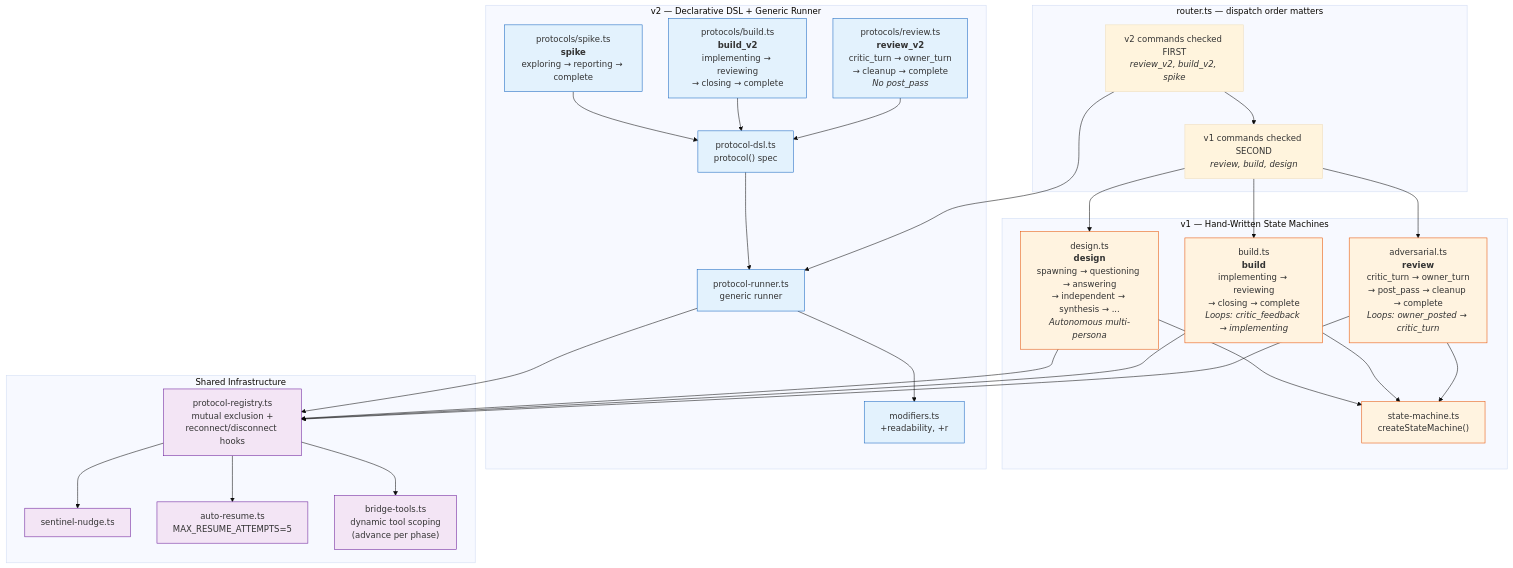
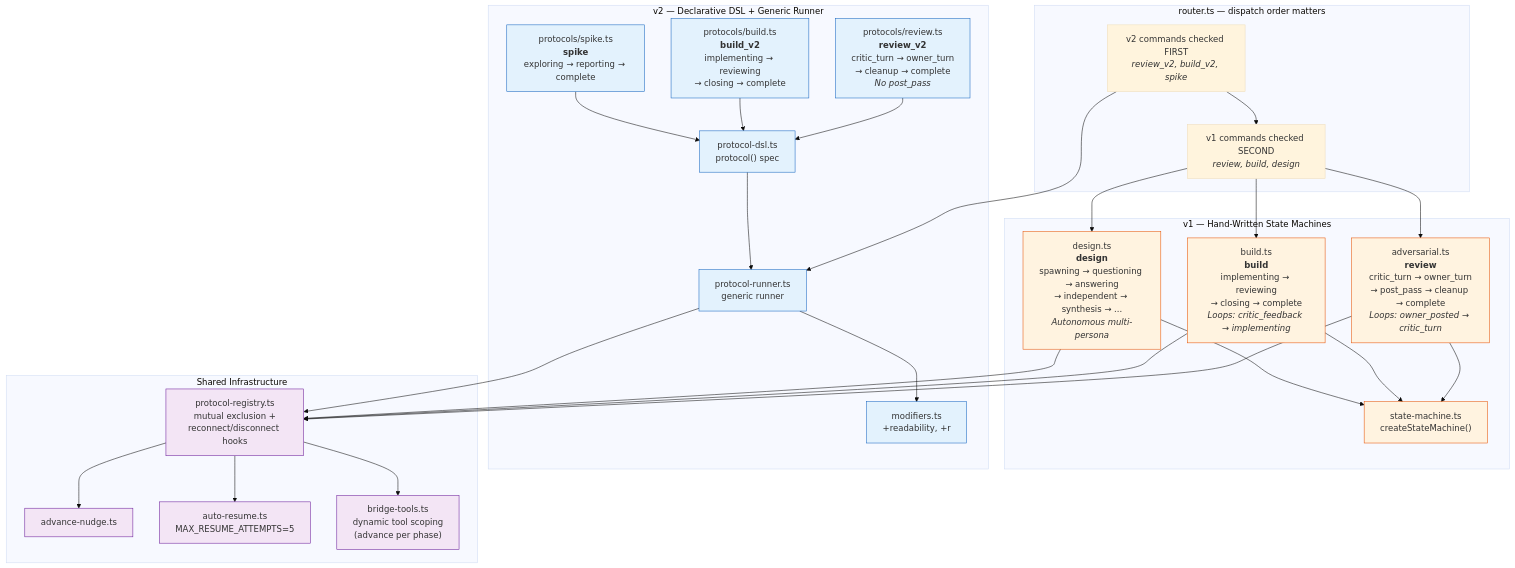
Before and after one commit to sf8193/hydra: the diagram in diagrams/protocol-engines.mmd, drawn with Mermaid (base theme). The commit also changed 6 other files, not shown here.

```diff
--- a/diagrams/protocol-engines.mmd
+++ b/diagrams/protocol-engines.mmd
@@ -1,65 +1,65 @@
 %% Protocol Engines — v1 (hand-written) vs v2 (DSL)
 %% Two parallel protocol systems with load-bearing dispatch ordering.
 %% router.ts checks v2 BEFORE v1 — the v1 regex matches "review_v2" / "build_v2" otherwise.
 
 flowchart TD
     subgraph dispatch["router.ts — dispatch order matters"]
         v2check["v2 commands checked FIRST<br/><i>review_v2, build_v2, spike</i>"]
         v1check["v1 commands checked SECOND<br/><i>review, build, design</i>"]
         v2check --> v1check
     end
 
     subgraph v1["v1 — Hand-Written State Machines"]
         v1_review["adversarial.ts<br/><b>review</b><br/>critic_turn → owner_turn<br/>→ post_pass → cleanup → complete<br/><i>Loops: owner_posted → critic_turn</i>"]
         v1_build["build.ts<br/><b>build</b><br/>implementing → reviewing<br/>→ closing → complete<br/><i>Loops: critic_feedback → implementing</i>"]
         v1_design["design.ts<br/><b>design</b><br/>spawning → questioning → answering<br/>→ independent → synthesis → ...<br/><i>Autonomous multi-persona</i>"]
         v1_sm["state-machine.ts<br/>createStateMachine()"]
     end
 
     subgraph v2["v2 — Declarative DSL + Generic Runner"]
         v2_review["protocols/review.ts<br/><b>review_v2</b><br/>critic_turn → owner_turn<br/>→ cleanup → complete<br/><i>No post_pass</i>"]
         v2_build["protocols/build.ts<br/><b>build_v2</b><br/>implementing → reviewing<br/>→ closing → complete"]
         v2_spike["protocols/spike.ts<br/><b>spike</b><br/>exploring → reporting → complete"]
         v2_dsl["protocol-dsl.ts<br/>protocol() spec"]
         v2_runner["protocol-runner.ts<br/>generic runner"]
         v2_mods["modifiers.ts<br/>+readability, +r"]
     end
 
     subgraph shared["Shared Infrastructure"]
         registry["protocol-registry.ts<br/>mutual exclusion +<br/>reconnect/disconnect hooks"]
-        sentinel["sentinel-nudge.ts"]
+        sentinel["advance-nudge.ts"]
         autoresume["auto-resume.ts<br/>MAX_RESUME_ATTEMPTS=5"]
         tools["bridge-tools.ts<br/>dynamic tool scoping<br/>(advance per phase)"]
     end
 
     v2check --> v2_runner
     v1check --> v1_review
     v1check --> v1_build
     v1check --> v1_design
 
     v2_dsl --> v2_runner
     v2_review --> v2_dsl
     v2_build --> v2_dsl
     v2_spike --> v2_dsl
     v2_runner --> v2_mods
 
     v1_review --> v1_sm
     v1_build --> v1_sm
     v1_design --> v1_sm
 
     v1_review --> registry
     v1_build --> registry
     v1_design --> registry
     v2_runner --> registry
 
     registry --> sentinel
     registry --> autoresume
     registry --> tools
 
     classDef v1style fill:#fff3e0,stroke:#e65100
     classDef v2style fill:#e3f2fd,stroke:#1565c0
     classDef shared fill:#f3e5f5,stroke:#6a1b9a
 
     class v1_review,v1_build,v1_design,v1_sm v1style
     class v2_review,v2_build,v2_spike,v2_dsl,v2_runner,v2_mods v2style
     class registry,sentinel,autoresume,tools shared
```
